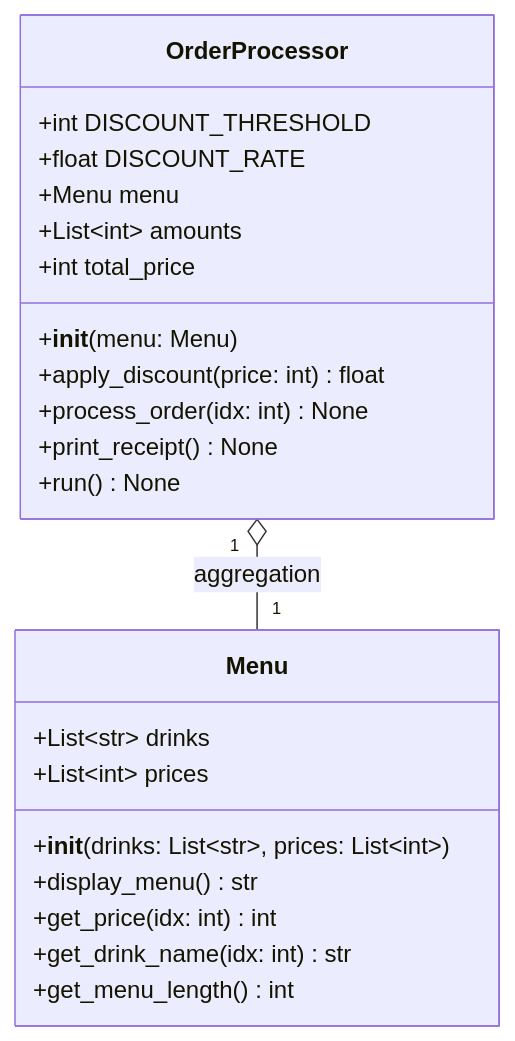
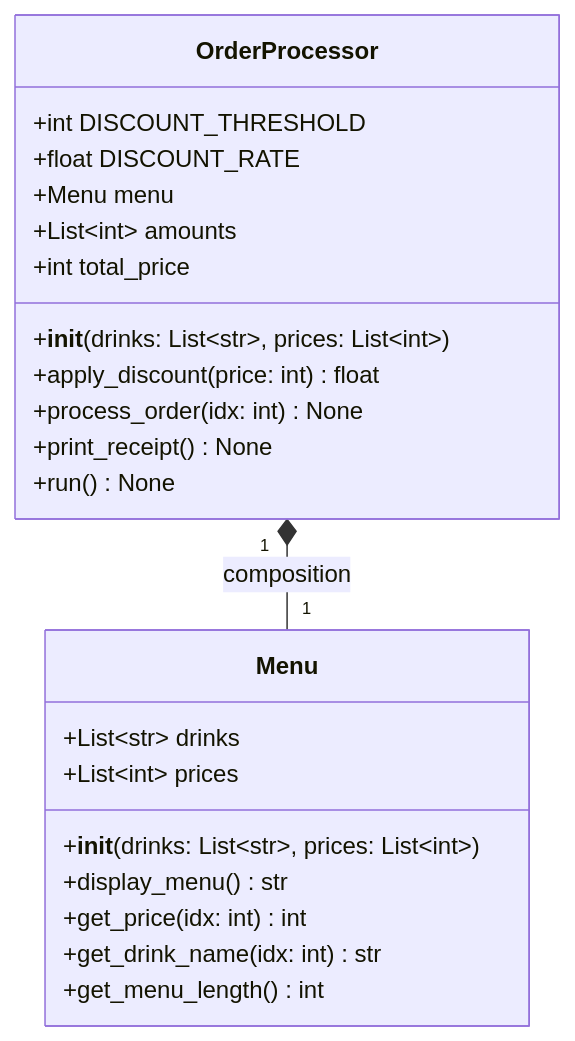
Before and after one commit to mingyu210/2026NCS_KIOSK: the diagram in week06.md, drawn with Mermaid.

Commit message:
week05 kiosk v0.6

````diff
--- a/week06.md
+++ b/week06.md
@@ -1,28 +1,28 @@
 ```mermaid
 classDiagram
     class Menu {
         +List~str~ drinks
         +List~int~ prices
         +__init__(drinks: List~str~, prices: List~int~)
         +display_menu() str
         +get_price(idx: int) int
         +get_drink_name(idx: int) str
         +get_menu_length() int
     }
 
     class OrderProcessor {
         +int DISCOUNT_THRESHOLD
         +float DISCOUNT_RATE
         +Menu menu
         +List~int~ amounts
         +int total_price
-        +__init__(menu: Menu)
+        +__init__(drinks: List~str~, prices: List~int~)
         +apply_discount(price: int) float
         +process_order(idx: int) None
         +print_receipt() None
         +run() None
     }
 
-    %% Aggregation (Has-a) 관계
-    OrderProcessor "1" o-- "1" Menu : aggregation
+    %% Composition (Strong Has-a) 관계: OrderProcessor가 Menu의 생명주기를 관리함
+    OrderProcessor "1" *-- "1" Menu : composition
 ```
````
